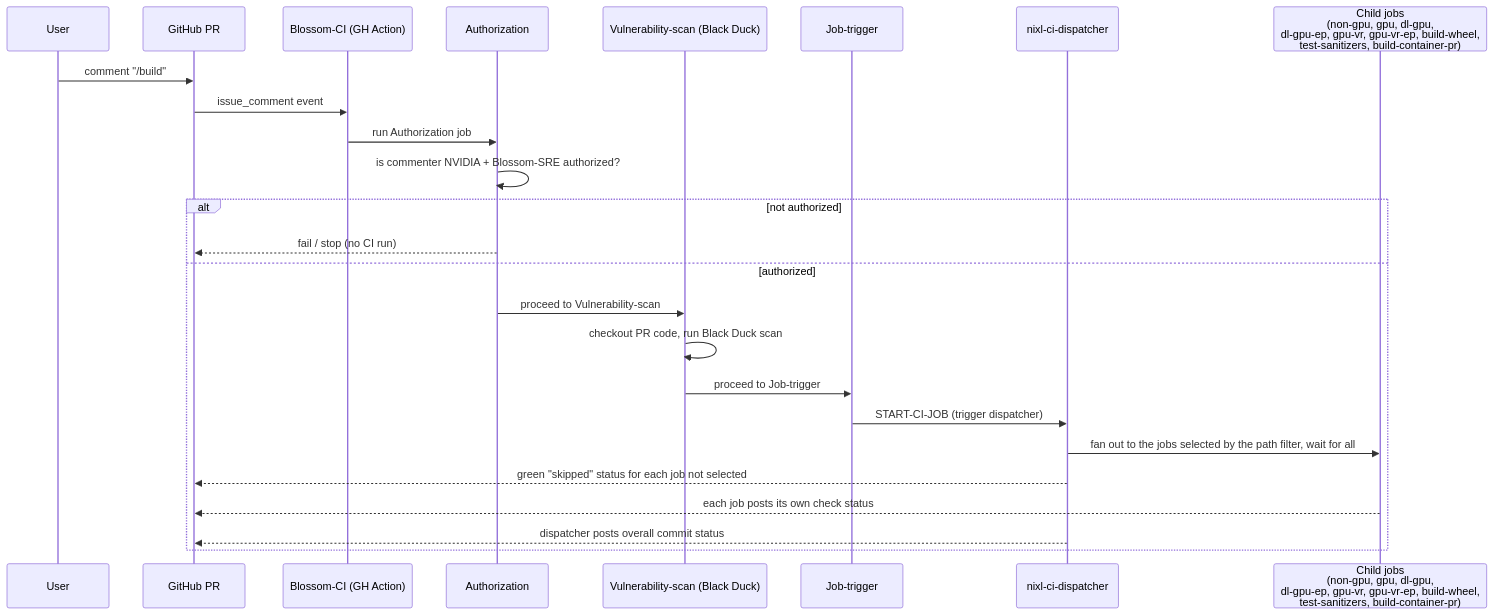
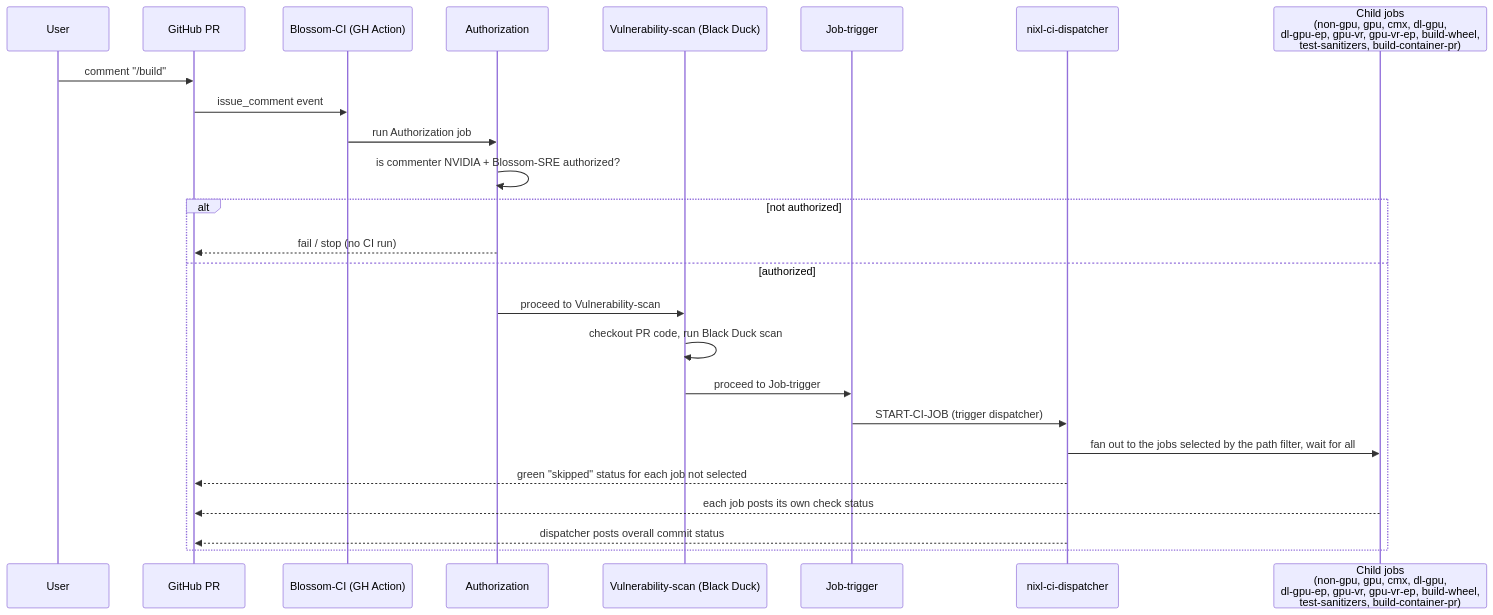
Before and after one commit to ai-dynamo/nixl: the diagram in .ci/docs/ci-overview.md, drawn with Mermaid. The commit also changed other lines of this file and 7 other files, not shown here.

````diff
--- a/.ci/docs/ci-overview.md
+++ b/.ci/docs/ci-overview.md
@@ -98,28 +98,28 @@
 ```mermaid
 sequenceDiagram
     participant User
     participant GH as GitHub PR
     participant Blossom as Blossom-CI (GH Action)
     participant Auth as Authorization
     participant Scan as Vulnerability-scan (Black Duck)
     participant Trigger as Job-trigger
     participant Jenkins as nixl-ci-dispatcher
-    participant Children as Child jobs<br/>(non-gpu, gpu, dl-gpu,<br/>dl-gpu-ep, gpu-vr, gpu-vr-ep, build-wheel,<br/>test-sanitizers, build-container-pr)
+    participant Children as Child jobs<br/>(non-gpu, gpu, cmx, dl-gpu,<br/>dl-gpu-ep, gpu-vr, gpu-vr-ep, build-wheel,<br/>test-sanitizers, build-container-pr)
 
     User->>GH: comment "/build"
     GH->>Blossom: issue_comment event
     Blossom->>Auth: run Authorization job
     Auth->>Auth: is commenter NVIDIA + Blossom-SRE authorized?
     alt not authorized
         Auth-->>GH: fail / stop (no CI run)
     else authorized
         Auth->>Scan: proceed to Vulnerability-scan
         Scan->>Scan: checkout PR code, run Black Duck scan
         Scan->>Trigger: proceed to Job-trigger
         Trigger->>Jenkins: START-CI-JOB (trigger dispatcher)
         Jenkins->>Children: fan out to the jobs selected by the path filter, wait for all
         Jenkins-->>GH: green "skipped" status for each job not selected
         Children-->>GH: each job posts its own check status
         Jenkins-->>GH: dispatcher posts overall commit status
     end
 ```
````
